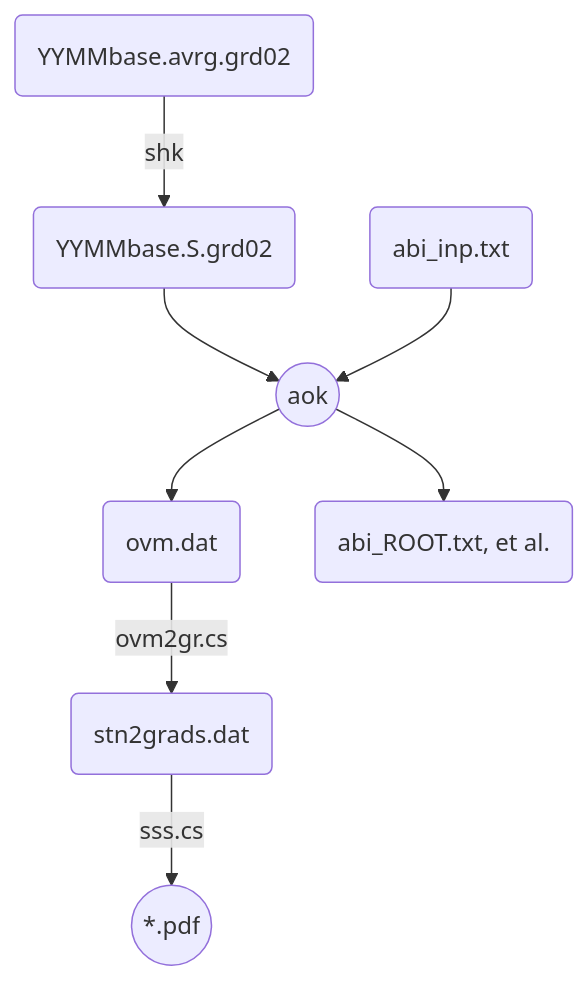
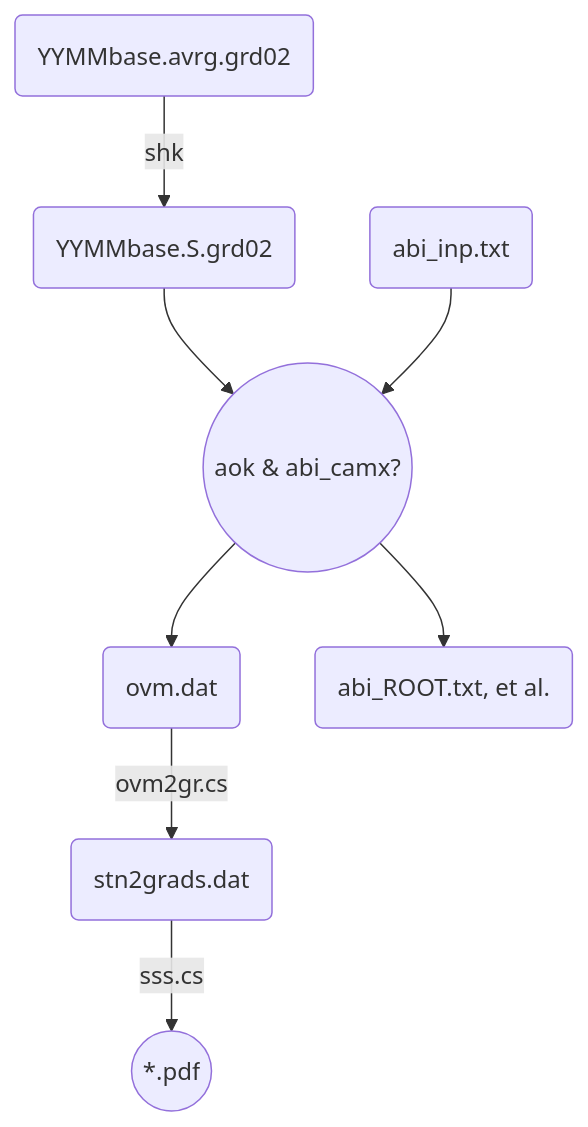
Before and after one commit to sinotec2/FAQ: the first of 2 diagrams in _posts/2022-07-20-aok.md, drawn with Mermaid. The commit also changed other lines of this file, not shown here.

````diff
--- a/_posts/2022-07-20-aok.md
+++ b/_posts/2022-07-20-aok.md
@@ -21,10 +21,10 @@
 ```mermaid
 graph TD
     A(YYMMbase.avrg.grd02) -- shk --> B(YYMMbase.S.grd02)
-    B --> H((aok))
+    B --> H((aok & abi_camx?))
     D(abi_inp.txt) --> H
     H --> C(ovm.dat)
     H --> G(abi_ROOT.txt, et al.)
     C -- ovm2gr.cs --> E(stn2grads.dat)
     E -- sss.cs --> F((*.pdf))
 ```
````
